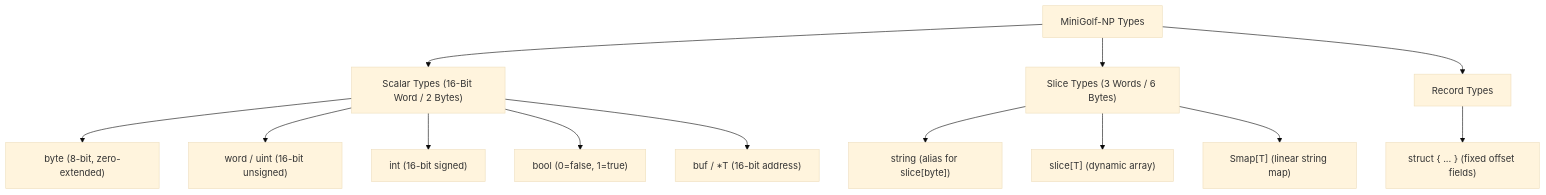
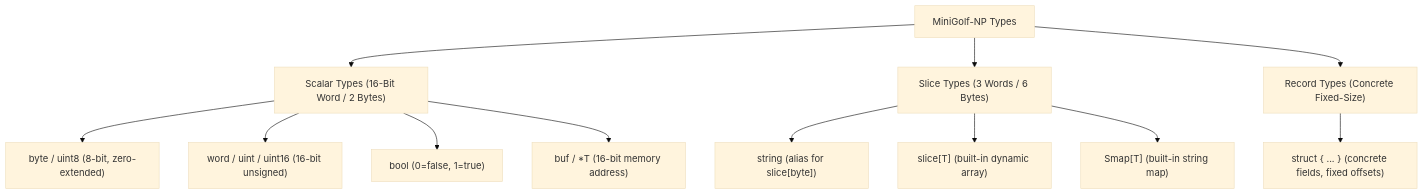
One commit to strickyak/nitros9 changed the diagram in npcode/minigolf_spec.md. Above: the diagram before and after it, drawn with Mermaid (base theme). The commit also changed other lines of this file, not shown here.

Commit message:
docs(npcode): update minigolf_spec.md with known limitations, slice/smap, and regexp

````diff
--- a/npcode/minigolf_spec.md
+++ b/npcode/minigolf_spec.md
@@ -75,23 +77,22 @@
 ```mermaid
 flowchart TD
     Type["MiniGolf-NP Types"]
     Scalar["Scalar Types (16-Bit Word / 2 Bytes)"]
     Slices["Slice Types (3 Words / 6 Bytes)"]
-    Records["Record Types"]
+    Records["Record Types (Concrete Fixed-Size)"]
 
     Type --> Scalar
     Type --> Slices
     Type --> Records
 
-    Scalar --> T_byte["byte (8-bit, zero-extended)"]
-    Scalar --> T_word["word / uint (16-bit unsigned)"]
-    Scalar --> T_int["int (16-bit signed)"]
+    Scalar --> T_byte["byte / uint8 (8-bit, zero-extended)"]
+    Scalar --> T_word["word / uint / uint16 (16-bit unsigned)"]
     Scalar --> T_bool["bool (0=false, 1=true)"]
-    Scalar --> T_buf["buf / *T (16-bit address)"]
+    Scalar --> T_buf["buf / *T (16-bit memory address)"]
 
     Slices --> T_str["string (alias for slice[byte])"]
-    Slices --> T_slice["slice[T] (dynamic array)"]
-    Slices --> T_smap["Smap[T] (linear string map)"]
+    Slices --> T_slice["slice[T] (built-in dynamic array)"]
+    Slices --> T_smap["Smap[T] (built-in string map)"]
 
-    Records --> T_struct["struct { ... } (fixed offset fields)"]
+    Records --> T_struct["struct { ... } (concrete fields, fixed offsets)"]
 ```
````
